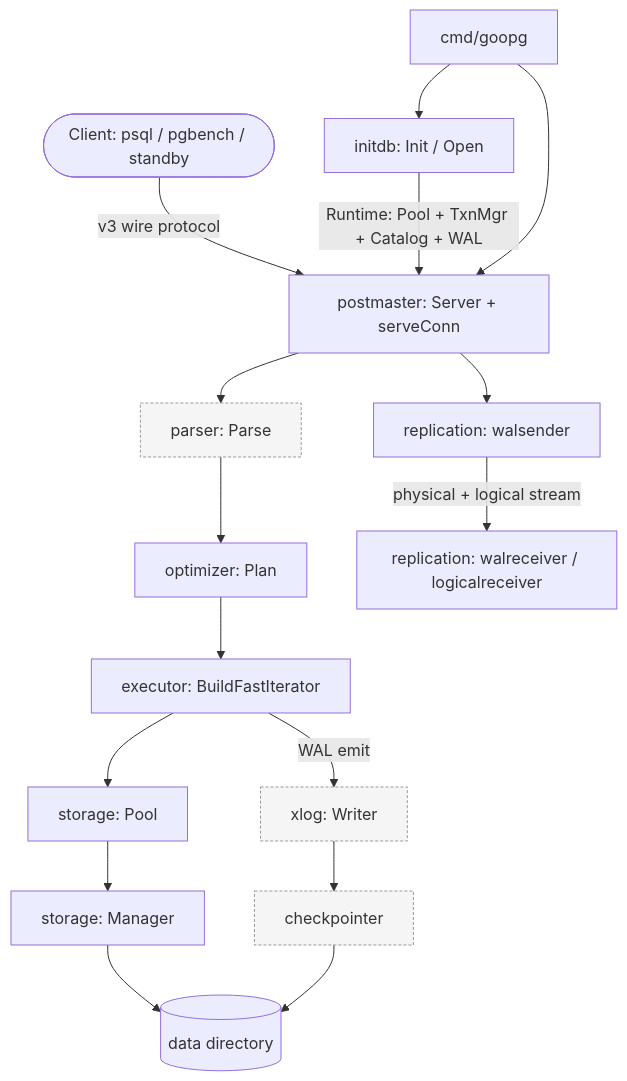
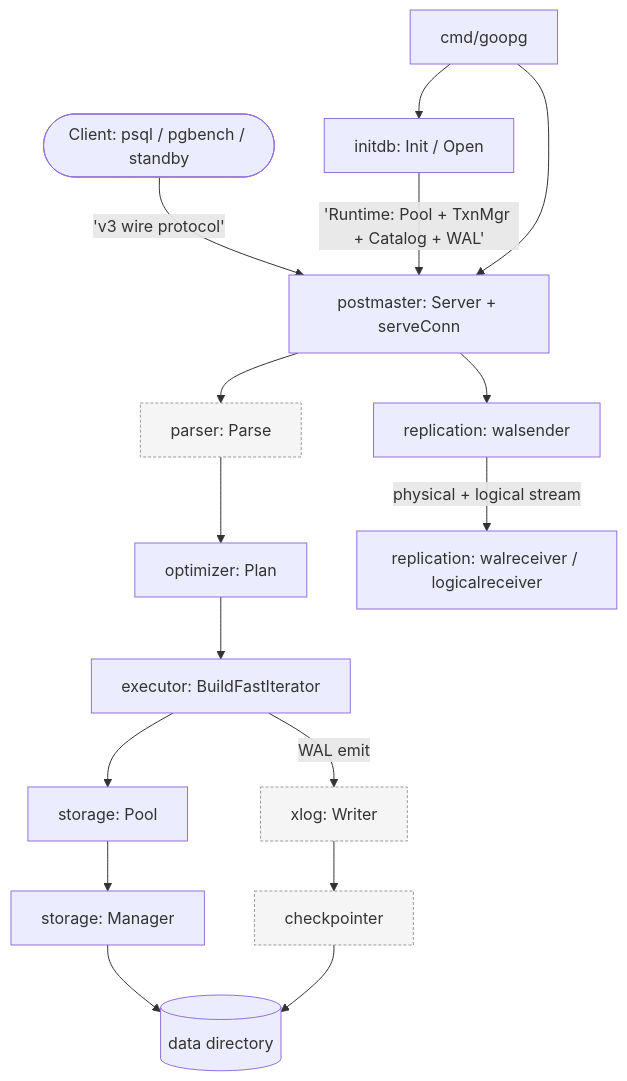
One commit to ryogrid/goopg changed the diagram in docs/wiki/architecture.md. Above: the diagram before and after it, drawn with Mermaid. The commit also changed 24 other files, not shown here.

Commit message:
docs(wiki): fix mermaid syntax errors — reserve keyword LINK, flow chart parens, seq msg quotes/semicolons — M-NIGHTLY

````diff
--- a/docs/wiki/architecture.md
+++ b/docs/wiki/architecture.md
@@ -41,24 +41,24 @@
 ```mermaid
 flowchart TD
-    Client([Client: psql / pgbench / standby]) -->|"v3 wire protocol"| SRV[postmaster: Server + serveConn]
+Client([Client: psql / pgbench / standby]) -->|'v3 wire protocol'| SRV[postmaster: Server + serveConn]
     SRV --> PARSE[parser: Parse]
     PARSE --> PLAN[optimizer: Plan]
     PLAN --> EXEC[executor: BuildFastIterator]
     EXEC --> POOL[storage: Pool]
     POOL --> SMGR[storage: Manager]
     SMGR --> DISK[(data directory)]
 
     EXEC -->|WAL emit| WAL[xlog: Writer]
     WAL --> CKPT[checkpointer]
     CKPT --> DISK
 
     SRV --> WALSND[replication: walsender]
     WALSND -->|"physical + logical stream"| WALRCV[replication: walreceiver / logicalreceiver]
 
-    IDB[initdb: Init / Open] -->|"Runtime: Pool + TxnMgr + Catalog + WAL"| SRV
+IDB[initdb: Init / Open] -->|'Runtime: Pool + TxnMgr + Catalog + WAL'| SRV
     CMD[cmd/goopg] --> IDB
     CMD --> SRV
 
     classDef out fill:#f5f5f5,stroke:#999,stroke-dasharray:3 2;
     class PARSE,WAL,CKPT out;
 ```
````
